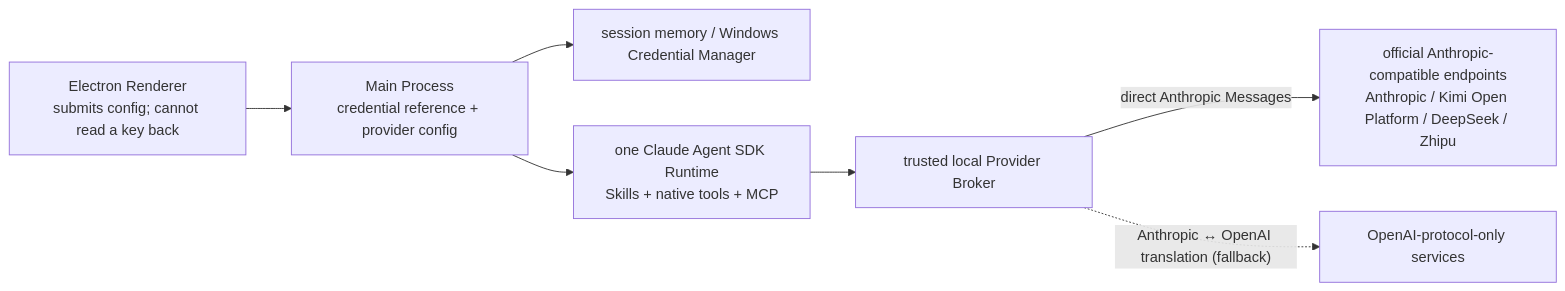
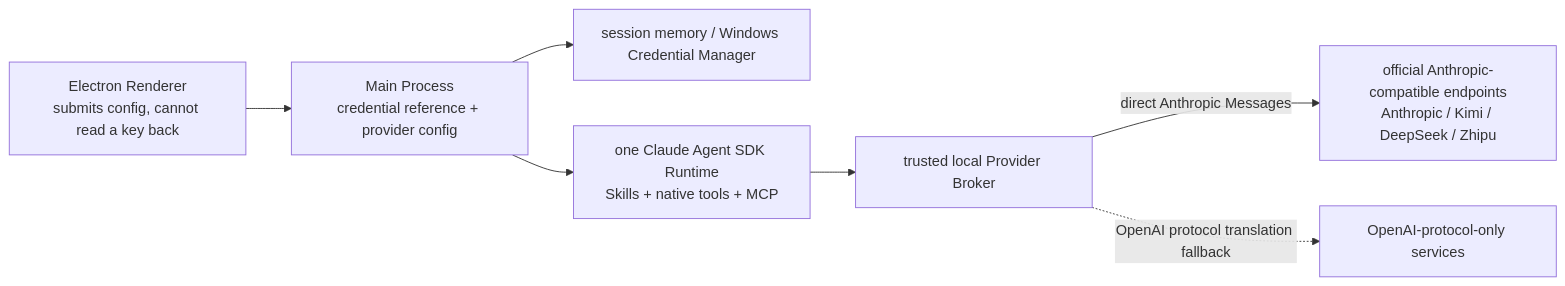
Before and after one commit to juicykwok2019/Mental-LEGOs: the second of 2 diagrams in README.md, drawn with Mermaid. The commit also changed other lines of this file, not shown here.

First line of the commit message:
docs: mermaid-safe diagrams and reader-facing limitations/roadmap

````diff
--- a/README.md
+++ b/README.md
@@ -312,9 +326,9 @@
 ```mermaid
 flowchart LR
-  UI["Electron Renderer<br/>submits config; cannot read a key back"] --> MAIN["Main Process<br/>credential reference + provider config"]
+  UI["Electron Renderer<br/>submits config, cannot read a key back"] --> MAIN["Main Process<br/>credential reference + provider config"]
   MAIN --> VAULT["session memory / Windows Credential Manager"]
   MAIN --> AGENT["one Claude Agent SDK Runtime<br/>Skills + native tools + MCP"]
   AGENT --> BROKER["trusted local Provider Broker"]
-  BROKER -->|"direct Anthropic Messages"| DIRECT["official Anthropic-compatible endpoints<br/>Anthropic / Kimi Open Platform / DeepSeek / Zhipu"]
-  BROKER -.->|"Anthropic ↔ OpenAI translation (fallback)"| OPEN["OpenAI-protocol-only services"]
+  BROKER -- "direct Anthropic Messages" --> DIRECT["official Anthropic-compatible endpoints<br/>Anthropic / Kimi / DeepSeek / Zhipu"]
+  BROKER -. "OpenAI protocol translation fallback" .-> OPEN["OpenAI-protocol-only services"]
 ```
````
